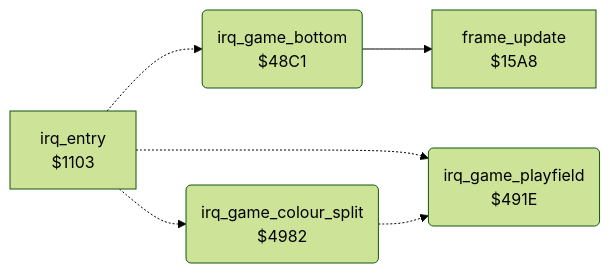
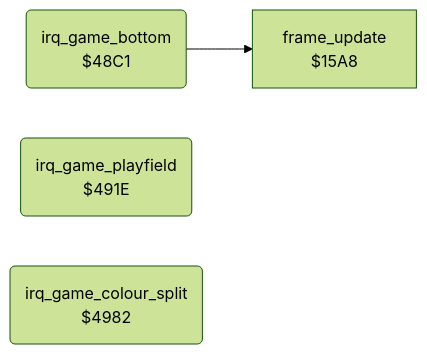
The diagram in bruce_lee/docs/reference/modules/irq/game_irq.md (henols/c64_games), drawn with Mermaid (forest theme) before and after one commit. The commit also changed other lines of this file and 236 other files, not shown here.

````diff
--- a/bruce_lee/docs/reference/modules/irq/game_irq.md
+++ b/bruce_lee/docs/reference/modules/irq/game_irq.md
@@ -10,13 +18,8 @@
 ```mermaid
 flowchart LR
-  n1103["irq_entry<br/>$1103"]
   n15a8["frame_update<br/>$15A8"]
   n48c1("irq_game_bottom<br/>$48C1")
   n491e("irq_game_playfield<br/>$491E")
   n4982("irq_game_colour_split<br/>$4982")
-  n1103 -.-> n48c1
-  n1103 -.-> n491e
-  n1103 -.-> n4982
   n48c1 --> n15a8
-  n4982 -.-> n491e
 ```
````
